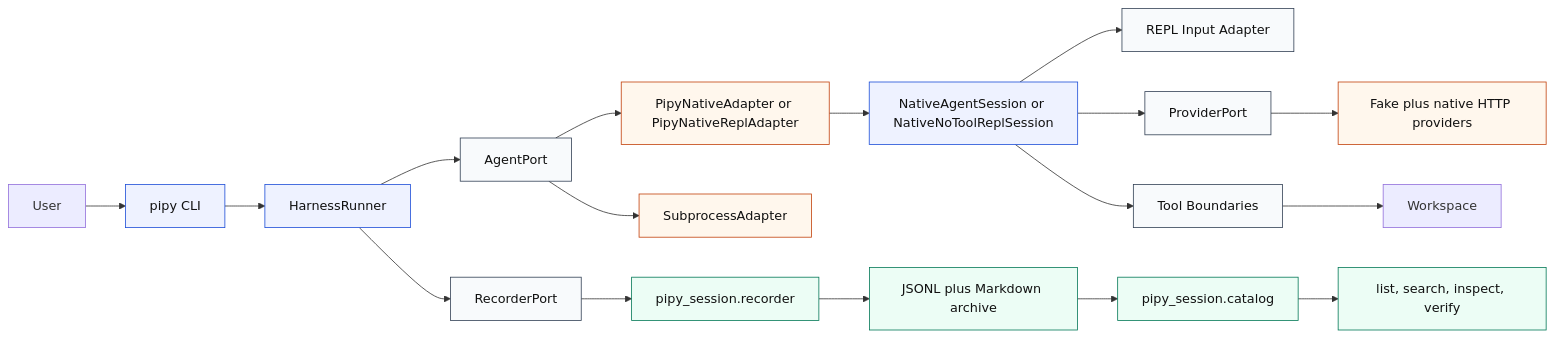
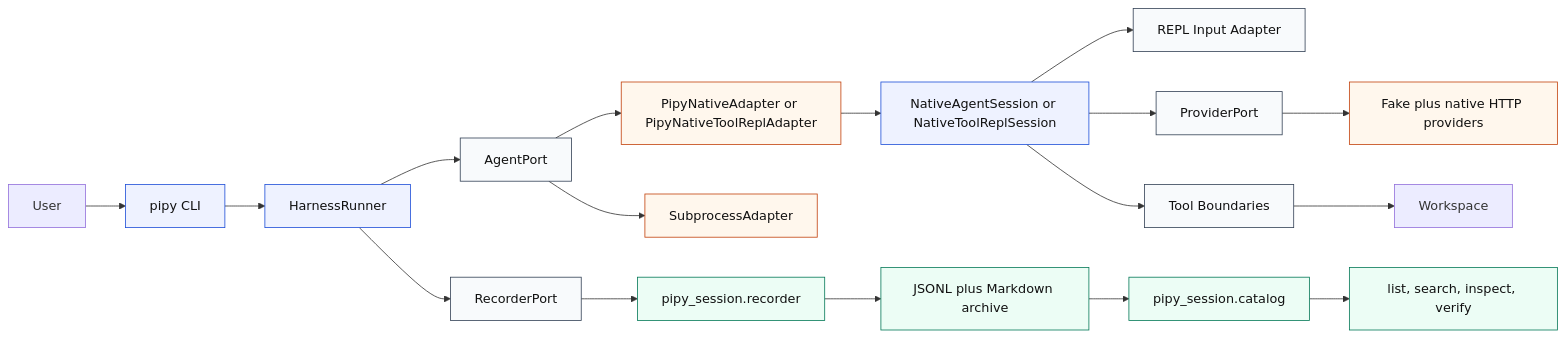
Before and after one commit to ephes/pipy: the first of 3 diagrams in docs/architecture.md, drawn with Mermaid. The commit also changed other lines of this file and 9 other files, not shown here.

````diff
--- a/docs/architecture.md
+++ b/docs/architecture.md
@@ -19,28 +19,28 @@
 ```mermaid
 flowchart LR
   User[User] --> CLI[pipy CLI]
   CLI --> Runner[HarnessRunner]
   Runner --> AgentPort[AgentPort]
-  AgentPort --> NativeAdapter[PipyNativeAdapter or PipyNativeReplAdapter]
+  AgentPort --> NativeAdapter[PipyNativeAdapter or PipyNativeToolReplAdapter]
   AgentPort --> SubprocessAdapter[SubprocessAdapter]
-  NativeAdapter --> NativeSession[NativeAgentSession or NativeNoToolReplSession]
+  NativeAdapter --> NativeSession[NativeAgentSession or NativeToolReplSession]
   NativeSession --> InputAdapter[REPL Input Adapter]
   NativeSession --> ProviderPort[ProviderPort]
   NativeSession --> ToolBoundaries[Tool Boundaries]
   ProviderPort --> Providers[Fake plus native HTTP providers]
   ToolBoundaries --> Workspace[Workspace]
   Runner --> RecorderPort[RecorderPort]
   RecorderPort --> SessionRecorder[pipy_session.recorder]
   SessionRecorder --> Archive[JSONL plus Markdown archive]
   Archive --> Catalog[pipy_session.catalog]
   Catalog --> ReaderCommands[list, search, inspect, verify]
 
   classDef core fill:#eef2ff,stroke:#1d4ed8,color:#111111;
   classDef adapter fill:#fff7ed,stroke:#c2410c,color:#111111;
   classDef store fill:#ecfdf5,stroke:#047857,color:#111111;
   classDef boundary fill:#f8fafc,stroke:#334155,color:#111111;
   class CLI,Runner,NativeSession core;
   class AgentPort,InputAdapter,ProviderPort,RecorderPort,ToolBoundaries boundary;
   class NativeAdapter,SubprocessAdapter,Providers adapter;
   class SessionRecorder,Archive,Catalog,ReaderCommands store;
 ```
````
